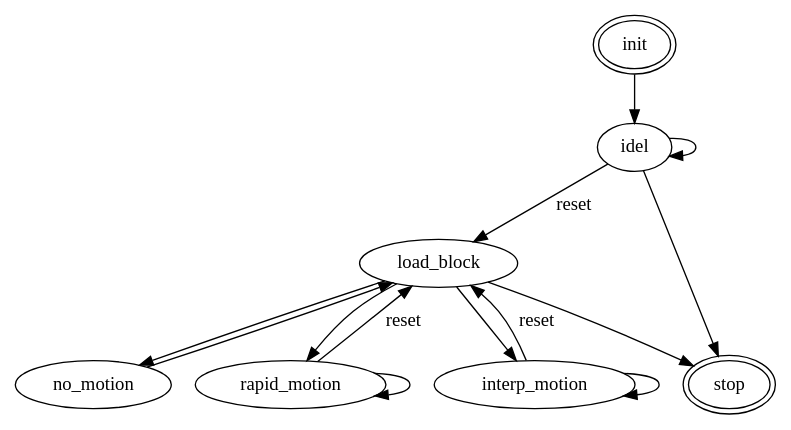
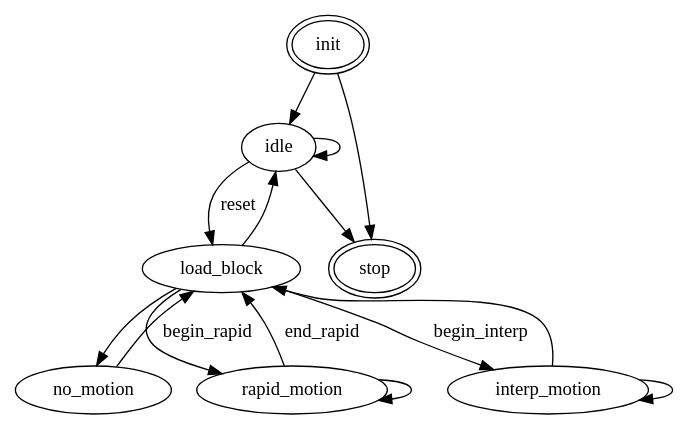
One commit to GiacomoCorradini/c-cnc-kernel changed the diagram in src/fsm.dot. Above: the diagram before and after it, drawn with Graphviz. The commit also changed 7 other files, not shown here.

```diff
--- a/src/fsm.dot
+++ b/src/fsm.dot
@@ -1,25 +1,30 @@
+# Finite State Machine for the C-CNC main executable
+# generate with the command:
+# gv_fsm src/fsm.dot -o src/fsm -l -k stop -p C-CNC -d "Finite State Machine for the C-CNC controller" -x ccnc
 digraph "C-CNC" {
   # List of states
   init [peripheries=2]
-  idel
+  idle
   load_block
   no_motion
   rapid_motion
   interp_motion
   stop [peripheries=2]
 
   # List of transitions
-  init -> idel
-  idel -> idel
-  idel -> load_block [label="reset"]
+  init -> idle
+  init -> stop
+  idle -> idle
+  idle -> load_block [label="reset"]
   load_block -> no_motion
   no_motion -> load_block
-  load_block -> rapid_motion
-  rapid_motion->rapid_motion
-  rapid_motion -> load_block [label="reset"]
-  load_block -> interp_motion
+  load_block -> rapid_motion [label="begin_rapid"]
+  rapid_motion -> rapid_motion
+  rapid_motion -> load_block [label="end_rapid"]
+  load_block -> interp_motion [label="begin_interp"]
   interp_motion -> interp_motion
-  interp_motion -> load_block [label="reset"]
-  load_block -> stop
-  idel -> stop
+  interp_motion -> load_block
+  load_block -> idle
+  idle -> stop
+
 }
```
